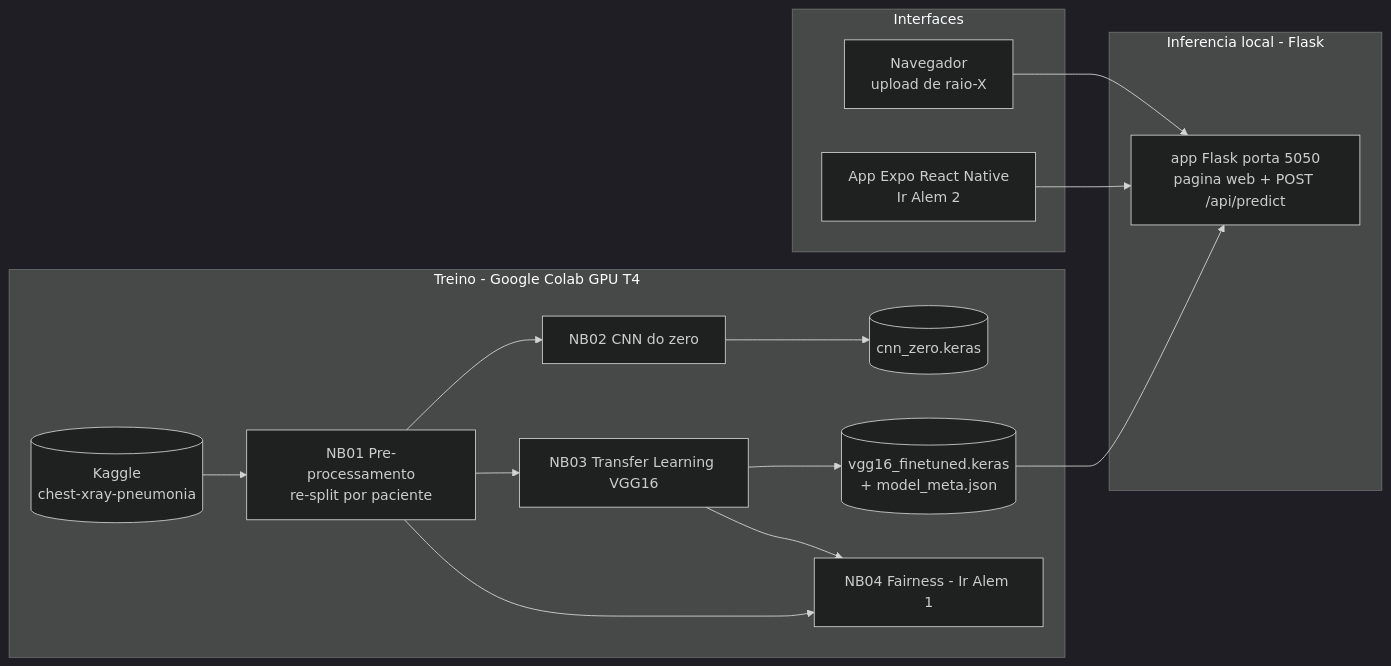
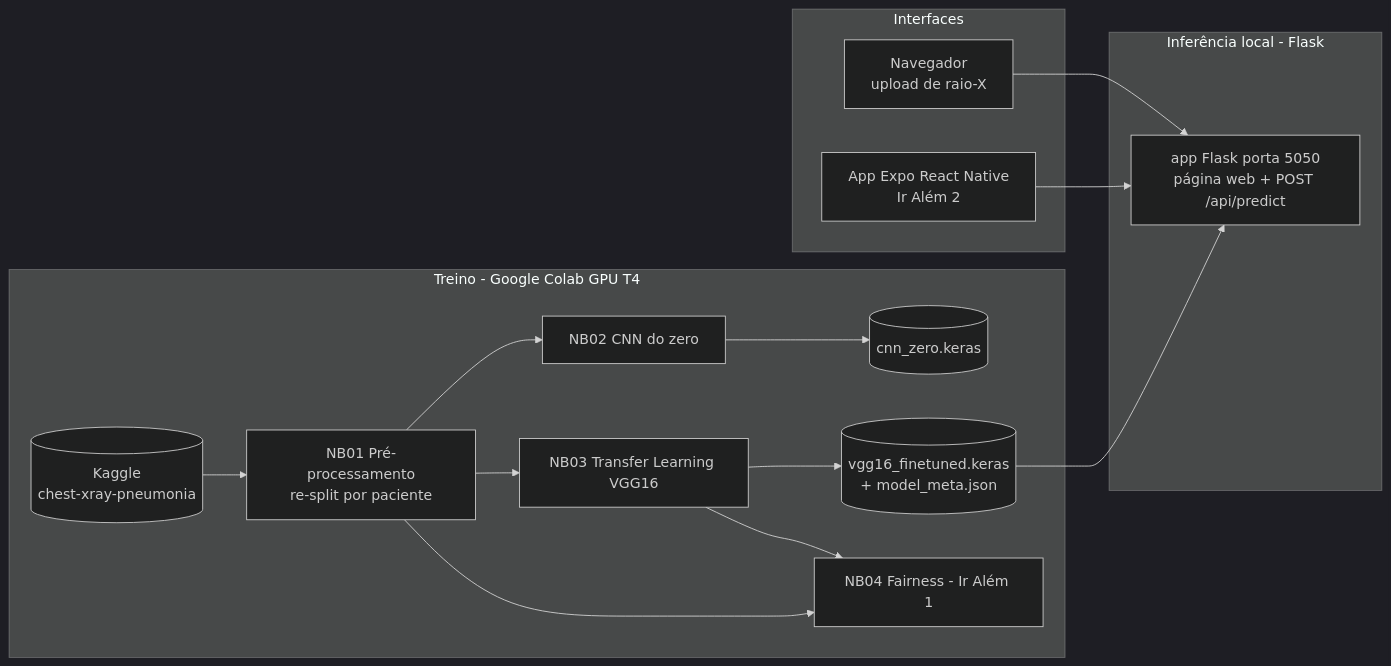
Before and after one commit to juanvoltolini-rm562890/CardioIA-Fase4-Cap1: the diagram in README.md, drawn with Mermaid (dark theme). The commit also changed other lines of this file, not shown here.

Commit message:
Atualiza README: corrige acentuacao e marca CNN e fairness como concluidos

````diff
--- a/README.md
+++ b/README.md
@@ -33,21 +33,21 @@
 ```mermaid
 flowchart LR
     subgraph TREINO [Treino - Google Colab GPU T4]
-        D[(Kaggle<br/>chest-xray-pneumonia)] --> NB1[NB01 Pre-processamento<br/>re-split por paciente]
+        D[(Kaggle<br/>chest-xray-pneumonia)] --> NB1[NB01 Pré-processamento<br/>re-split por paciente]
         NB1 --> NB2[NB02 CNN do zero]
         NB1 --> NB3[NB03 Transfer Learning VGG16]
         NB2 --> M1[(cnn_zero.keras)]
         NB3 --> M2[(vgg16_finetuned.keras<br/>+ model_meta.json)]
-        NB1 --> NB4[NB04 Fairness - Ir Alem 1]
+        NB1 --> NB4[NB04 Fairness - Ir Além 1]
         NB3 --> NB4
     end
 
-    subgraph BACKEND [Inferencia local - Flask]
-        M2 --> FL[app Flask porta 5050<br/>pagina web + POST /api/predict]
+    subgraph BACKEND [Inferência local - Flask]
+        M2 --> FL[app Flask porta 5050<br/>página web + POST /api/predict]
     end
 
     subgraph CLIENTES [Interfaces]
         W[Navegador<br/>upload de raio-X] --> FL
-        A[App Expo React Native<br/>Ir Alem 2] --> FL
+        A[App Expo React Native<br/>Ir Além 2] --> FL
     end
 ```
````
